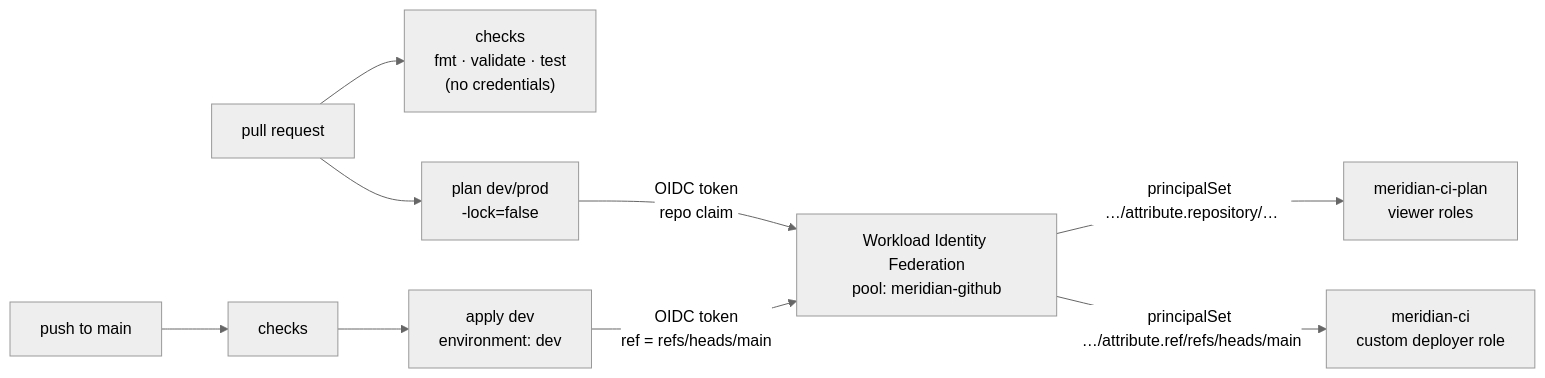
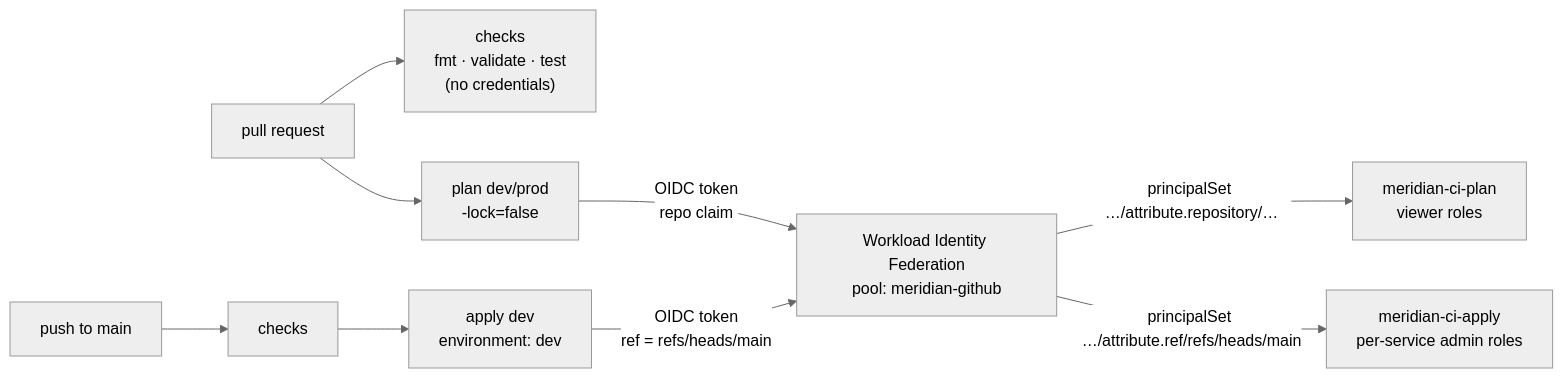
The diagram in lessons/16-cicd-automation/README.md (derrickSh43/Terraform-for-Google-Cloud-Beginner-to-Advanced-Infrastructure-Engineering), drawn with Mermaid (neutral theme) before and after one commit. The commit also changed other lines of this file and 409 other files, not shown here.

First line of the commit message:
Lessons 16-24: a real Terraform apply identity, and per-environment state access

````diff
--- a/lessons/16-cicd-automation/README.md
+++ b/lessons/16-cicd-automation/README.md
@@ -109,10 +139,10 @@
 ```mermaid
 flowchart LR
   PR["pull request"] --> C["checks<br/>fmt · validate · test<br/>(no credentials)"]
   PR --> P["plan dev/prod<br/>-lock=false"]
   M["push to main"] --> C2["checks"] --> A["apply dev<br/>environment: dev"]
   P -->|"OIDC token<br/>repo claim"| WIF["Workload Identity Federation<br/>pool: meridian-github"]
   A -->|"OIDC token<br/>ref = refs/heads/main"| WIF
   WIF -->|"principalSet …/attribute.repository/…"| PSA["meridian-ci-plan<br/>viewer roles"]
-  WIF -->|"principalSet …/attribute.ref/refs/heads/main"| ASA["meridian-ci<br/>custom deployer role"]
+  WIF -->|"principalSet …/attribute.ref/refs/heads/main"| ASA["meridian-ci-apply<br/>per-service admin roles"]
 ```
````
